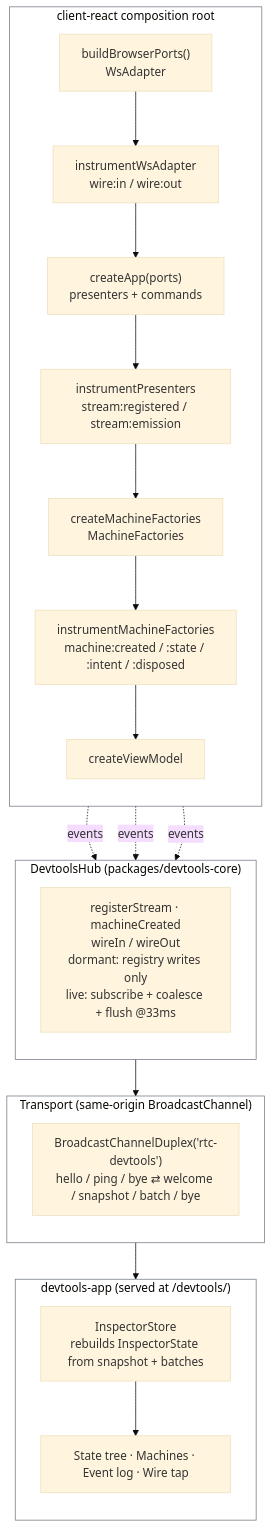
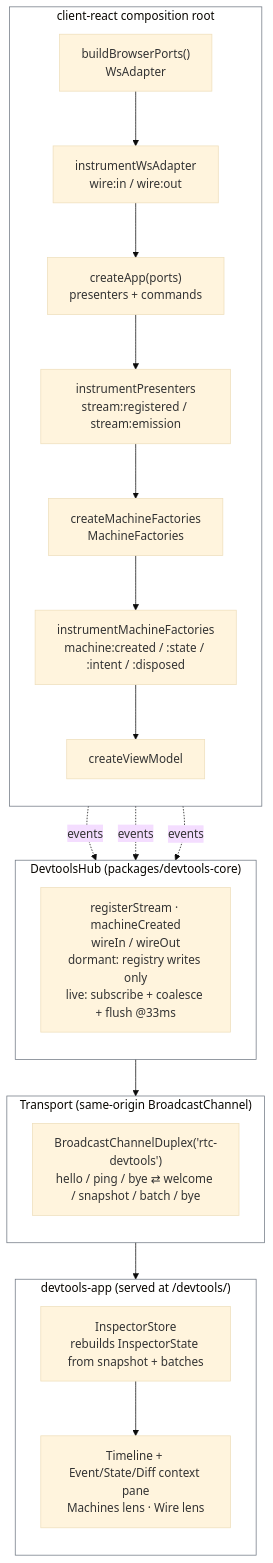
The diagram in docs/architecture/20-devtools.md (bettersoftware-io/ReactiveTraderCloudClone), drawn with Mermaid (base theme) before and after one commit. The commit also changed other lines of this file and 10 other files, not shown here.

First line of the commit message:
test(e2e)+docs: devtools timeline journey; §20.11 timeline-first UX

````diff
--- a/docs/architecture/20-devtools.md
+++ b/docs/architecture/20-devtools.md
@@ -57,46 +57,46 @@
 ```mermaid
 flowchart TB
     subgraph App["client-react composition root"]
         direction TB
         ports["buildBrowserPorts()<br/>WsAdapter"]
         wsi["instrumentWsAdapter<br/>wire:in / wire:out"]
         capp["createApp(ports)<br/>presenters + commands"]
         pi["instrumentPresenters<br/>stream:registered / stream:emission"]
         mf["createMachineFactories<br/>MachineFactories"]
         mi["instrumentMachineFactories<br/>machine:created / :state / :intent / :disposed"]
         cvm["createViewModel"]
     end
 
     ports --> wsi --> capp
     capp --> pi
     pi --> mf --> mi --> cvm
 
     subgraph Hub["DevtoolsHub (packages/devtools-core)"]
         direction TB
         hub["registerStream · machineCreated<br/>wireIn / wireOut<br/>dormant: registry writes only<br/>live: subscribe + coalesce + flush @33ms"]
     end
 
     wsi -. events .-> hub
     pi -. events .-> hub
     mi -. events .-> hub
 
     subgraph Transport["Transport (same-origin BroadcastChannel)"]
         direction TB
         bc["BroadcastChannelDuplex('rtc-devtools')<br/>hello / ping / bye ⇄ welcome / snapshot / batch / bye"]
     end
 
     hub --> bc
 
     subgraph Panel["devtools-app (served at /devtools/)"]
         direction TB
         store["InspectorStore<br/>rebuilds InspectorState from snapshot + batches"]
-        panels["State tree · Machines · Event log · Wire tap"]
+        panels["Timeline + Event/State/Diff context pane<br/>Machines lens · Wire lens"]
     end
 
     bc --> store --> panels
 
     style App fill:transparent,stroke:#6e7681
     style Hub fill:transparent,stroke:#6e7681
     style Transport fill:transparent,stroke:#6e7681
     style Panel fill:transparent,stroke:#6e7681
 ```
````
